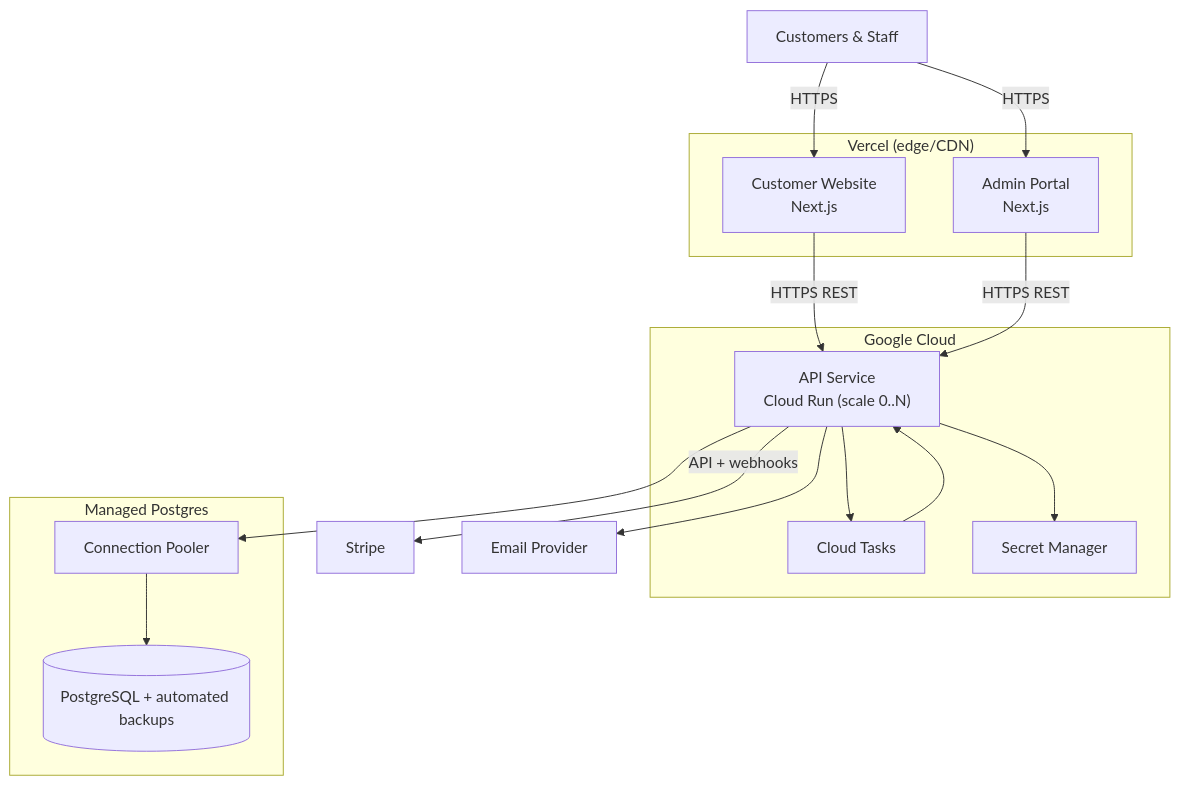
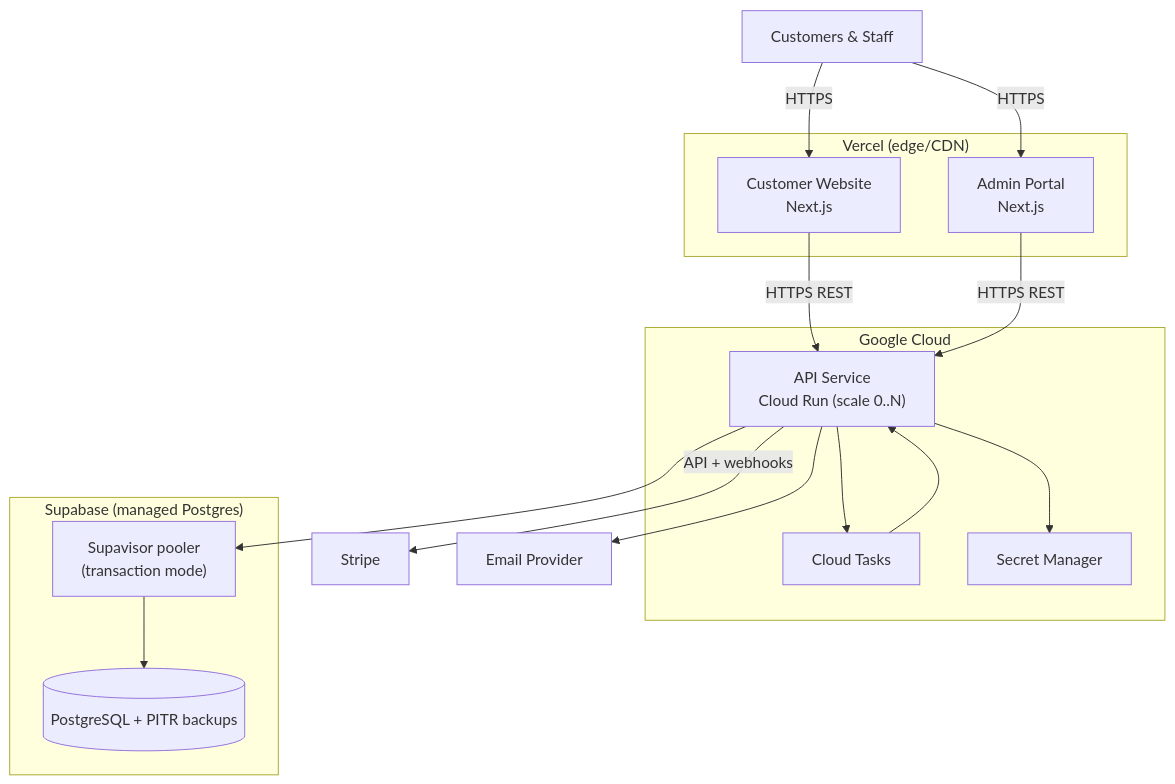
The fifth of 5 diagrams in docs/architecture.md (zeeshanhanif/shop-management-system), drawn with Mermaid before and after one commit. The commit also changed other lines of this file and 4 other files, not shown here.

First line of the commit message:
docs: standardize on Supabase Postgres with Supavisor pooler

````diff
--- a/docs/architecture.md
+++ b/docs/architecture.md
@@ -260,33 +263,33 @@
 ```mermaid
 graph TB
     users["Customers & Staff"]
 
     subgraph vercel["Vercel (edge/CDN)"]
         site["Customer Website<br/>Next.js"]
         admin["Admin Portal<br/>Next.js"]
     end
 
     subgraph gcp["Google Cloud"]
         run["API Service<br/>Cloud Run (scale 0..N)"]
         ct["Cloud Tasks"]
         sm["Secret Manager"]
     end
 
-    subgraph data["Managed Postgres"]
-        pool["Connection Pooler"]
-        pg[("PostgreSQL + automated backups")]
+    subgraph data["Supabase (managed Postgres)"]
+        pool["Supavisor pooler<br/>(transaction mode)"]
+        pg[("PostgreSQL + PITR backups")]
     end
 
     stripe["Stripe"]
     email["Email Provider"]
 
     users -->|"HTTPS"| site
     users -->|"HTTPS"| admin
     site -->|"HTTPS REST"| run
     admin -->|"HTTPS REST"| run
     run --> pool --> pg
     run --> ct --> run
     run --> sm
     run -->|"API + webhooks"| stripe
     run --> email
 ```
````
